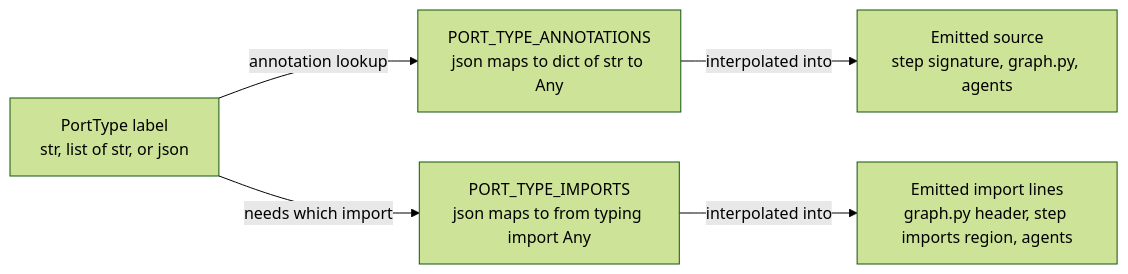
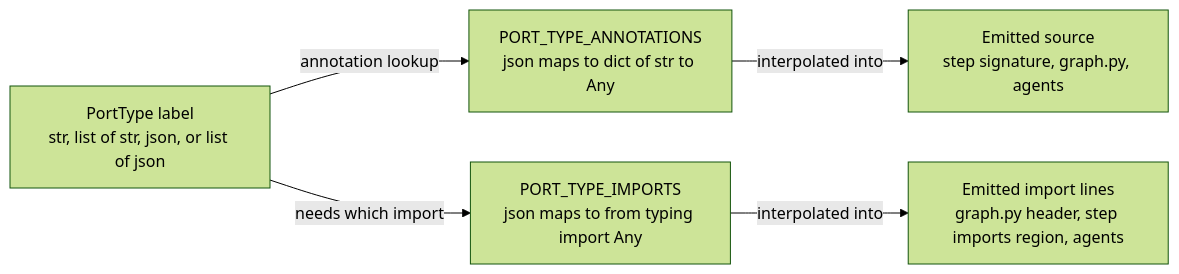
The second of 2 diagrams in docs/architecture.md (zaterka/swarm-builder), drawn with Mermaid (forest theme) before and after one commit. The commit also changed other lines of this file and 125 other files, not shown here.

````diff
--- a/docs/architecture.md
+++ b/docs/architecture.md
@@ -127,13 +128,13 @@
 ```mermaid
 flowchart LR
-  PT["PortType label<br/>str, list of str, or json"]
+  PT["PortType label<br/>str, list of str, json, or list of json"]
   ANN["PORT_TYPE_ANNOTATIONS<br/>json maps to dict of str to Any"]
   IMP["PORT_TYPE_IMPORTS<br/>json maps to from typing import Any"]
   SRC["Emitted source<br/>step signature, graph.py, agents"]
   IMPRT["Emitted import lines<br/>graph.py header, step imports region, agents"]
 
   PT -->|annotation lookup| ANN
   PT -->|needs which import| IMP
   ANN -->|interpolated into| SRC
   IMP -->|interpolated into| IMPRT
 ```
````
